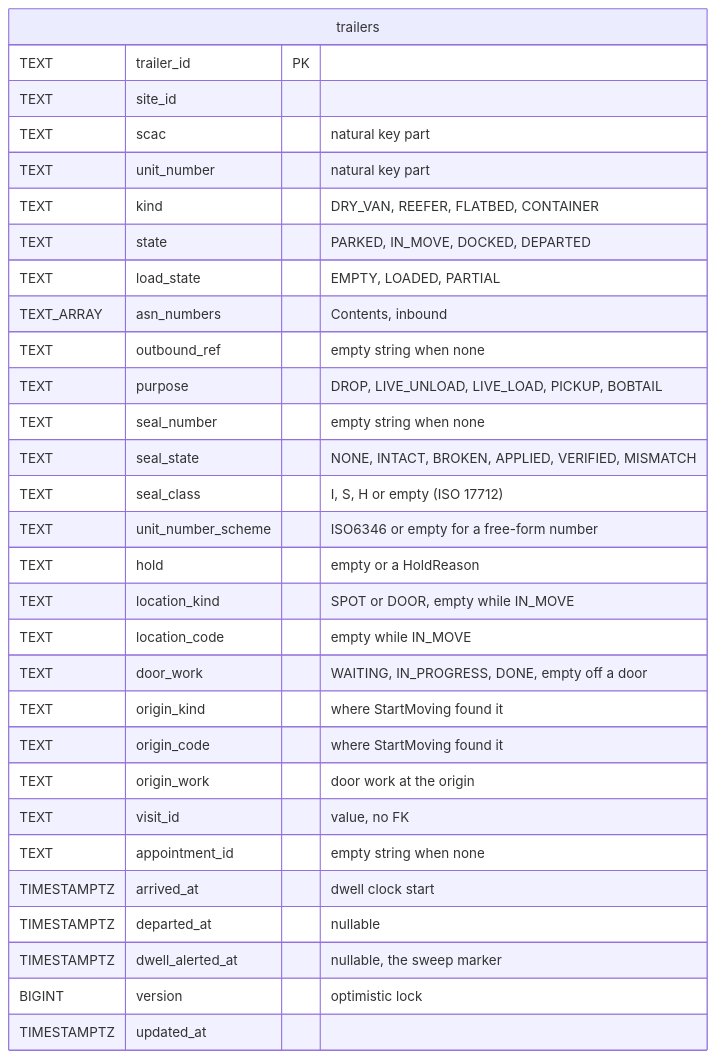
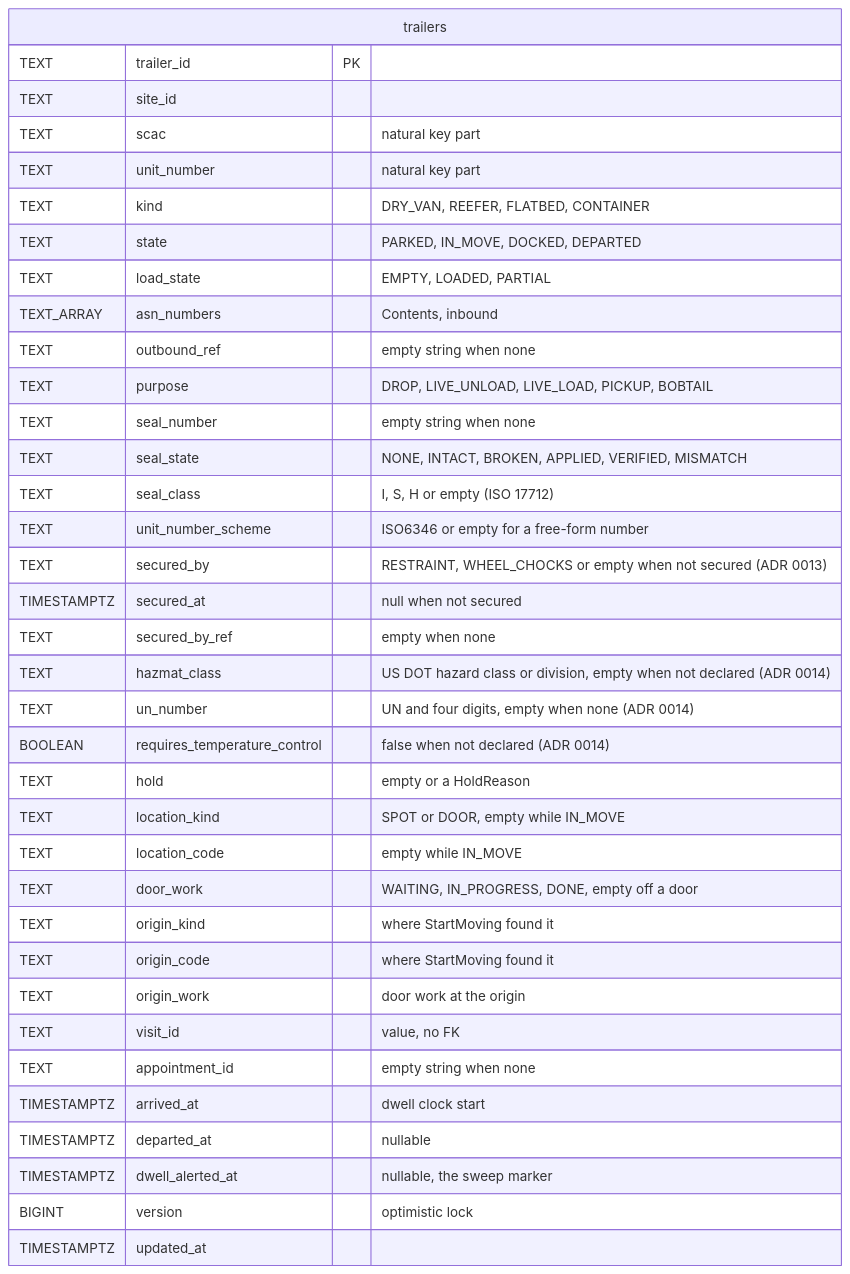
The second of 8 diagrams in docs/docs/ddd/entity-relationship.md (IQVO/yard-management), drawn with Mermaid before and after one commit. The commit also changed other lines of this file and 161 other files, not shown here.

First line of the commit message:
feat: dock safety interlock and hazmat/reefer placement (YF-5, YF-6; ADR 0013, 0014) (#17)

````diff
--- a/docs/docs/ddd/entity-relationship.md
+++ b/docs/docs/ddd/entity-relationship.md
@@ -51,34 +51,40 @@
 ```mermaid
 erDiagram
     direction LR
     trailers {
         TEXT trailer_id PK
         TEXT site_id
         TEXT scac "natural key part"
         TEXT unit_number "natural key part"
         TEXT kind "DRY_VAN, REEFER, FLATBED, CONTAINER"
         TEXT state "PARKED, IN_MOVE, DOCKED, DEPARTED"
         TEXT load_state "EMPTY, LOADED, PARTIAL"
         TEXT_ARRAY asn_numbers "Contents, inbound"
         TEXT outbound_ref "empty string when none"
         TEXT purpose "DROP, LIVE_UNLOAD, LIVE_LOAD, PICKUP, BOBTAIL"
         TEXT seal_number "empty string when none"
         TEXT seal_state "NONE, INTACT, BROKEN, APPLIED, VERIFIED, MISMATCH"
         TEXT seal_class "I, S, H or empty (ISO 17712)"
         TEXT unit_number_scheme "ISO6346 or empty for a free-form number"
+        TEXT secured_by "RESTRAINT, WHEEL_CHOCKS or empty when not secured (ADR 0013)"
+        TIMESTAMPTZ secured_at "null when not secured"
+        TEXT secured_by_ref "empty when none"
+        TEXT hazmat_class "US DOT hazard class or division, empty when not declared (ADR 0014)"
+        TEXT un_number "UN and four digits, empty when none (ADR 0014)"
+        BOOLEAN requires_temperature_control "false when not declared (ADR 0014)"
         TEXT hold "empty or a HoldReason"
         TEXT location_kind "SPOT or DOOR, empty while IN_MOVE"
         TEXT location_code "empty while IN_MOVE"
         TEXT door_work "WAITING, IN_PROGRESS, DONE, empty off a door"
         TEXT origin_kind "where StartMoving found it"
         TEXT origin_code "where StartMoving found it"
         TEXT origin_work "door work at the origin"
         TEXT visit_id "value, no FK"
         TEXT appointment_id "empty string when none"
         TIMESTAMPTZ arrived_at "dwell clock start"
         TIMESTAMPTZ departed_at "nullable"
         TIMESTAMPTZ dwell_alerted_at "nullable, the sweep marker"
         BIGINT version "optimistic lock"
         TIMESTAMPTZ updated_at
     }
 ```
````
